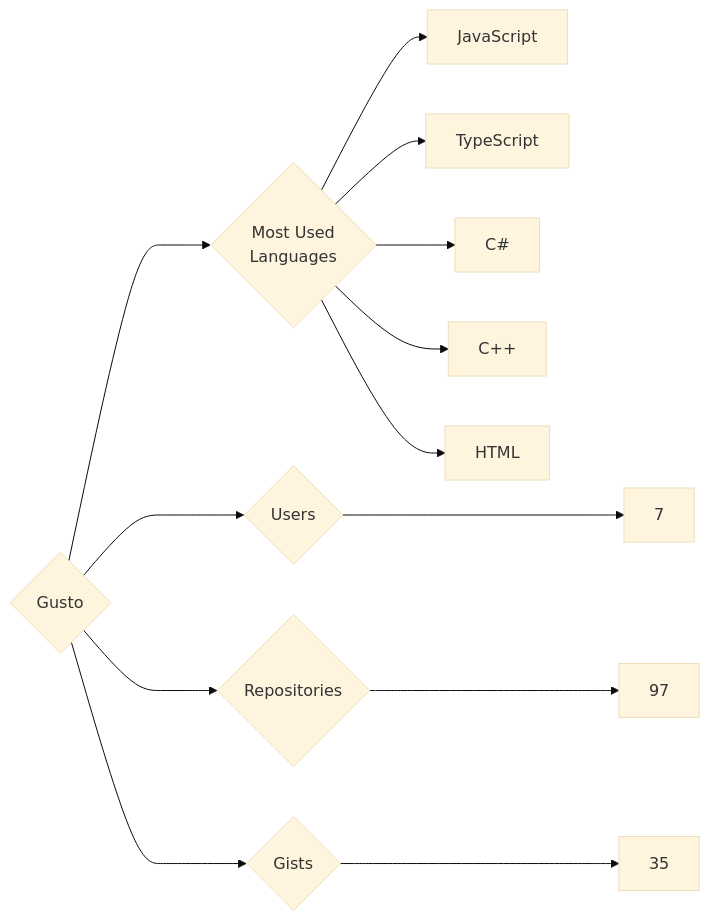
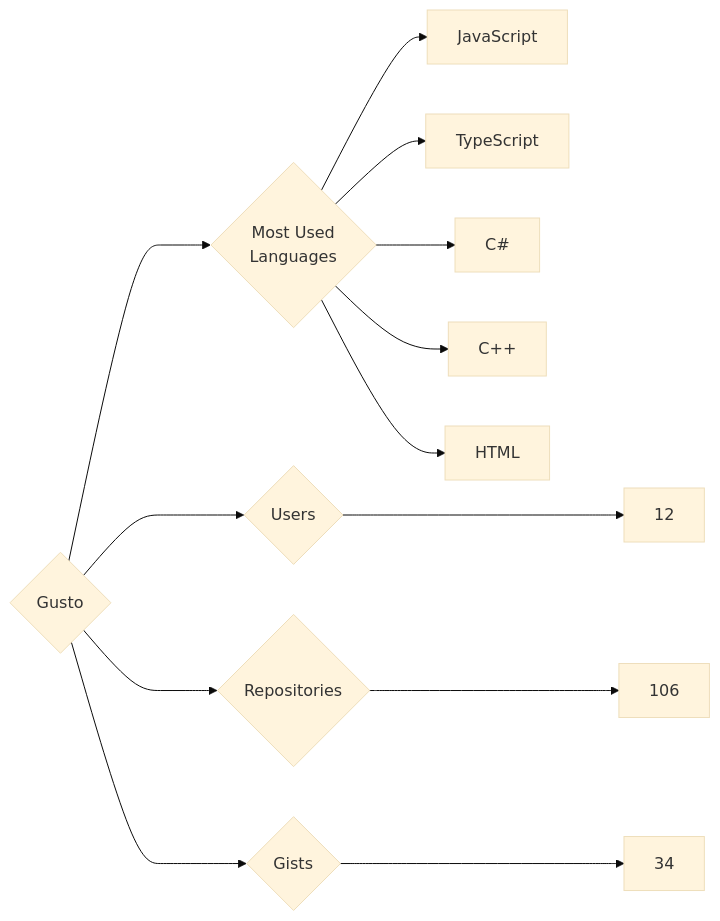
The diagram in targets/Gusto/README.md (trickest/insiders), drawn with Mermaid (base theme) before and after one commit. The commit also changed 916 other files, not shown here.

````diff
--- a/targets/Gusto/README.md
+++ b/targets/Gusto/README.md
@@ -3,13 +3,13 @@
 ```mermaid
 graph LR
 COMPANY_NAME{Gusto}
-COMPANY_NAME ---> U{Users} ---> UN[7]
-COMPANY_NAME ---> R{Repositories} ---> RN[97]
-COMPANY_NAME ---> G{Gists} ---> GN[35]
+COMPANY_NAME ---> U{Users} ---> UN[12]
+COMPANY_NAME ---> R{Repositories} ---> RN[106]
+COMPANY_NAME ---> G{Gists} ---> GN[34]
 COMPANY_NAME ---> ML{Most Used<br>Languages}
 ML --> JavaScript[JavaScript]
 ML --> TypeScript[TypeScript]
 ML --> C#[C#]
 ML --> C++[C++]
 ML --> HTML[HTML]
 ```
````
